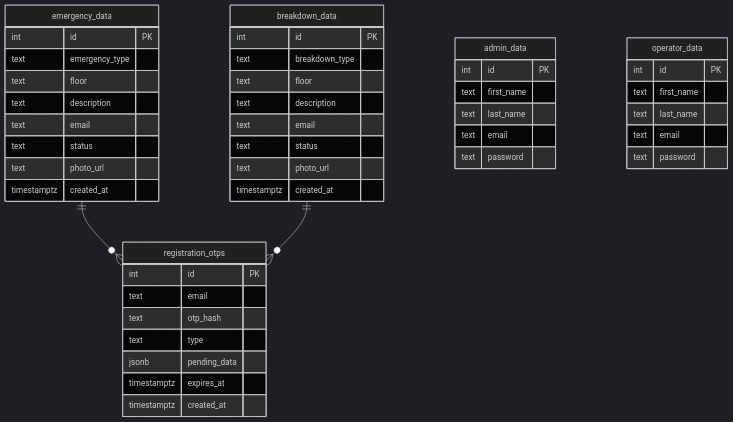
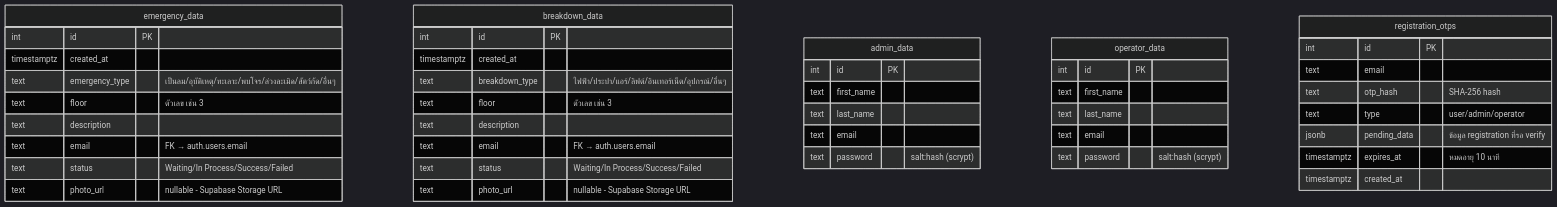
One commit to baitankub-boop/emergency_alert changed the third of 12 diagrams in README.md. Above: the diagram before and after it, drawn with Mermaid (dark theme). The commit also changed other lines of this file, not shown here.

````diff
--- a/README.md
+++ b/README.md
@@ -70,49 +118,50 @@
 ```mermaid
 erDiagram
     emergency_data {
         int id PK
-        text emergency_type
-        text floor
+        timestamptz created_at
+        text emergency_type "เป็นลม/อุบัติเหตุ/ทะเลาะ/พบโจร/ล่วงละเมิด/สัตว์กัด/อื่นๆ"
+        text floor "ตัวเลข เช่น 3"
         text description
-        text email
-        text status
-        text photo_url
-        timestamptz created_at
+        text email "FK → auth.users.email"
+        text status "Waiting/In Process/Success/Failed"
+        text photo_url "nullable - Supabase Storage URL"
     }
+
     breakdown_data {
         int id PK
-        text breakdown_type
-        text floor
+        timestamptz created_at
+        text breakdown_type "ไฟฟ้า/ประปา/แอร์/ลิฟต์/อินเทอร์เน็ต/อุปกรณ์/อื่นๆ"
+        text floor "ตัวเลข เช่น 3"
         text description
-        text email
-        text status
-        text photo_url
-        timestamptz created_at
+        text email "FK → auth.users.email"
+        text status "Waiting/In Process/Success/Failed"
+        text photo_url "nullable - Supabase Storage URL"
     }
+
     admin_data {
         int id PK
         text first_name
         text last_name
         text email
-        text password
+        text password "salt:hash (scrypt)"
     }
+
     operator_data {
         int id PK
         text first_name
         text last_name
         text email
-        text password
+        text password "salt:hash (scrypt)"
     }
+
     registration_otps {
         int id PK
         text email
-        text otp_hash
-        text type
-        jsonb pending_data
-        timestamptz expires_at
+        text otp_hash "SHA-256 hash"
+        text type "user/admin/operator"
+        jsonb pending_data "ข้อมูล registration ที่รอ verify"
+        timestamptz expires_at "หมดอายุ 10 นาที"
         timestamptz created_at
     }
-
-    emergency_data ||--o{ registration_otps : ""
-    breakdown_data ||--o{ registration_otps : ""
 ```
````
